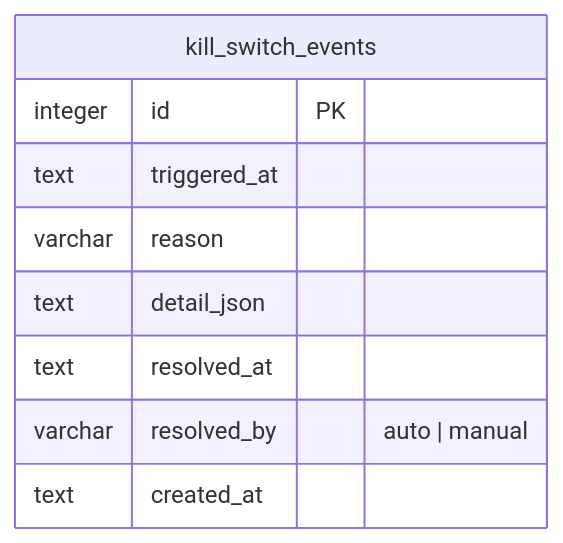
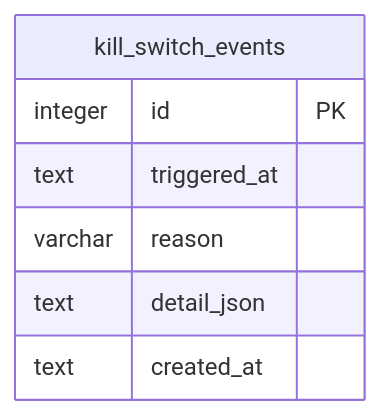
One commit to ousiassllc/pitha-trador changed the ninth of 14 diagrams in docs/architecture/er.md. Above: the diagram before and after it, drawn with Mermaid. The commit also changed other lines of this file and 11 other files, not shown here.

````diff
--- a/docs/architecture/er.md
+++ b/docs/architecture/er.md
@@ -348,12 +349,10 @@
 ```mermaid
 erDiagram
     kill_switch_events {
         integer id PK
         text triggered_at
         varchar reason
         text detail_json
-        text resolved_at
-        varchar resolved_by "auto | manual"
         text created_at
     }
 ```
````
